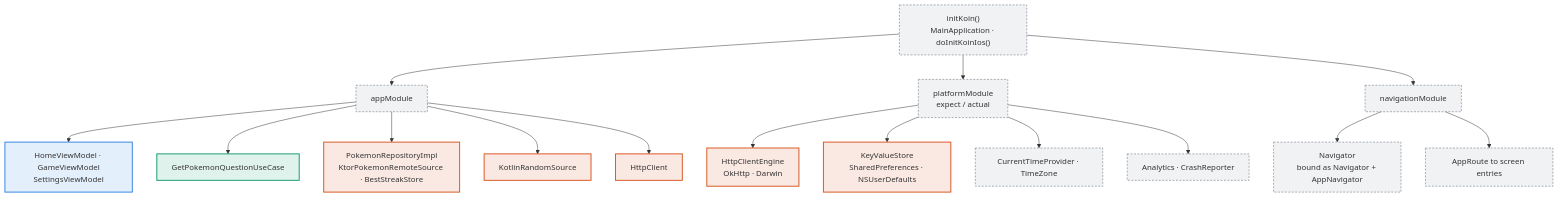
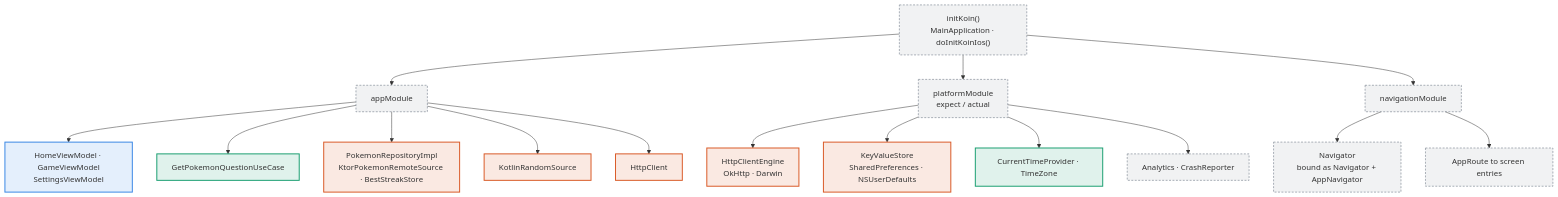
The fourth of 7 diagrams in docs/architecture.md (chrisjc29/PokeDexMulti), drawn with Mermaid before and after one commit. The commit also changed 1 other file, not shown here.

````diff
--- a/docs/architecture.md
+++ b/docs/architecture.md
@@ -109,31 +109,31 @@
 ```mermaid
 flowchart TB
     INIT["initKoin()<br/>MainApplication · doInitKoinIos()"]
     APPM["appModule"]
     PLATM["platformModule<br/>expect / actual"]
     NAVM["navigationModule"]
 
     INIT --> APPM
     INIT --> PLATM
     INIT --> NAVM
     APPM --> VMS["HomeViewModel · GameViewModel<br/>SettingsViewModel"]
     APPM --> UCS["GetPokemonQuestionUseCase"]
     APPM --> REPOS["PokemonRepositoryImpl<br/>KtorPokemonRemoteSource · BestStreakStore"]
     APPM --> RAND["KotlinRandomSource"]
     APPM --> HTTP["HttpClient"]
     PLATM --> ENGINE["HttpClientEngine<br/>OkHttp · Darwin"]
     PLATM --> KVS["KeyValueStore<br/>SharedPreferences · NSUserDefaults"]
     PLATM --> CLOCK["CurrentTimeProvider · TimeZone"]
     PLATM --> ANA["Analytics · CrashReporter"]
     NAVM --> NAVIGATOR["Navigator<br/>bound as Navigator + AppNavigator"]
     NAVM --> ENTRIES["AppRoute to screen entries"]
 
     classDef pres fill:#3987e522,stroke:#3987e5,stroke-width:2px
     classDef dom fill:#199e7022,stroke:#199e70,stroke-width:2px
     classDef dat fill:#d9592622,stroke:#d95926,stroke-width:2px
     classDef infra fill:#8b949e1f,stroke:#8b949e,stroke-width:1.5px,stroke-dasharray:4 3
     class VMS pres
-    class UCS dom
+    class UCS,CLOCK dom
     class REPOS,RAND,HTTP,ENGINE,KVS dat
-    class INIT,APPM,PLATM,NAVM,CLOCK,ANA,NAVIGATOR,ENTRIES infra
+    class INIT,APPM,PLATM,NAVM,ANA,NAVIGATOR,ENTRIES infra
 ```
````
